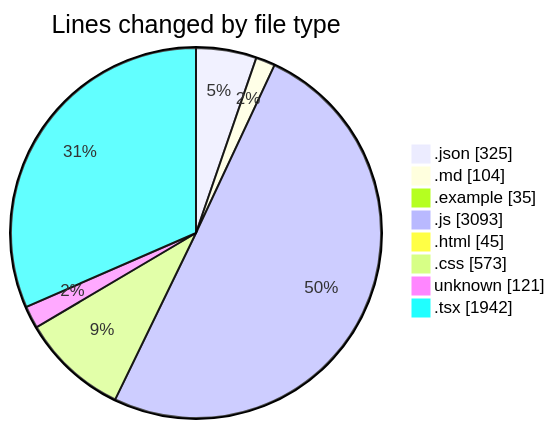
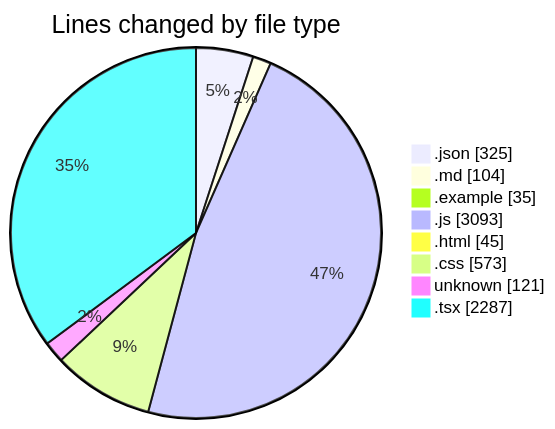
The first of 2 diagrams in 2025-08-05/napxuvn/README.md (lephambinh05/code-tracking), drawn with Mermaid before and after one commit. The commit also changed other lines of this file and 1 other file, not shown here.

````diff
--- a/2025-08-05/napxuvn/README.md
+++ b/2025-08-05/napxuvn/README.md
@@ -63,12 +64,12 @@
 ```mermaid
 pie showData
 title Lines changed by file type
 ".json" : 325
 ".md" : 104
 ".example" : 35
 ".js" : 3093
 ".html" : 45
 ".css" : 573
 "unknown" : 121
-".tsx" : 1942
+".tsx" : 2287
 ```
````
